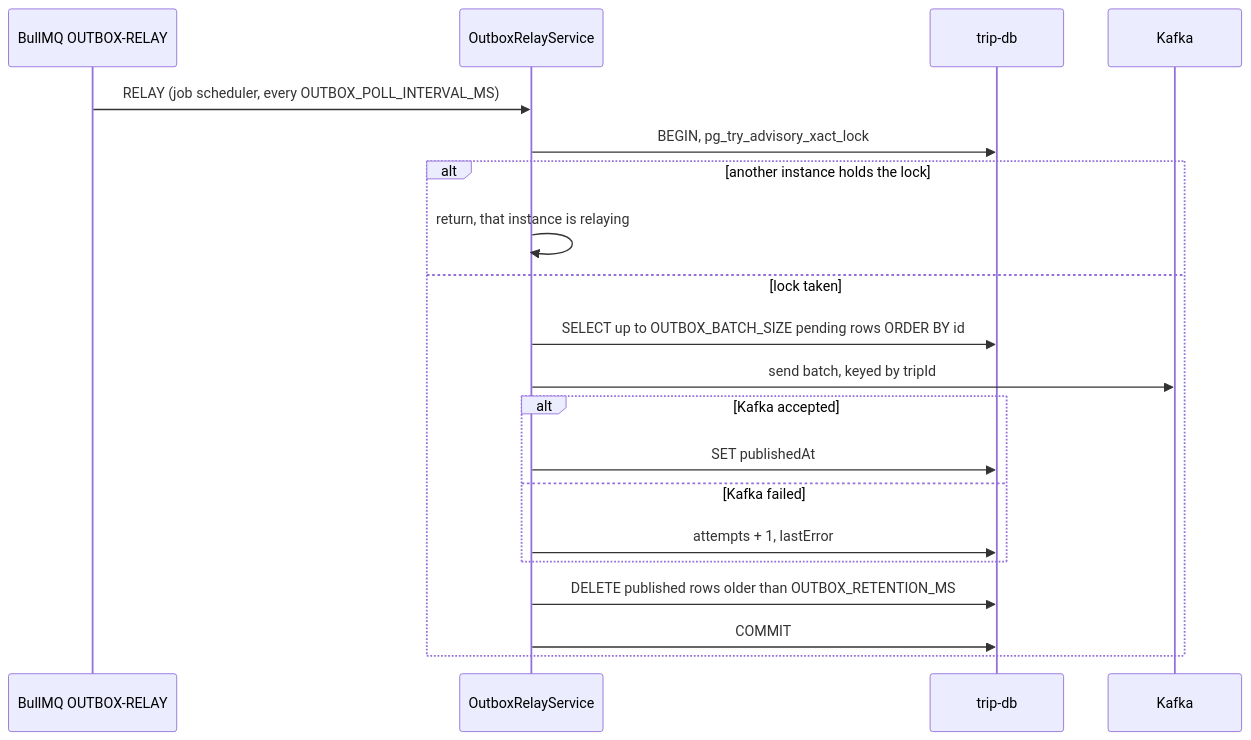
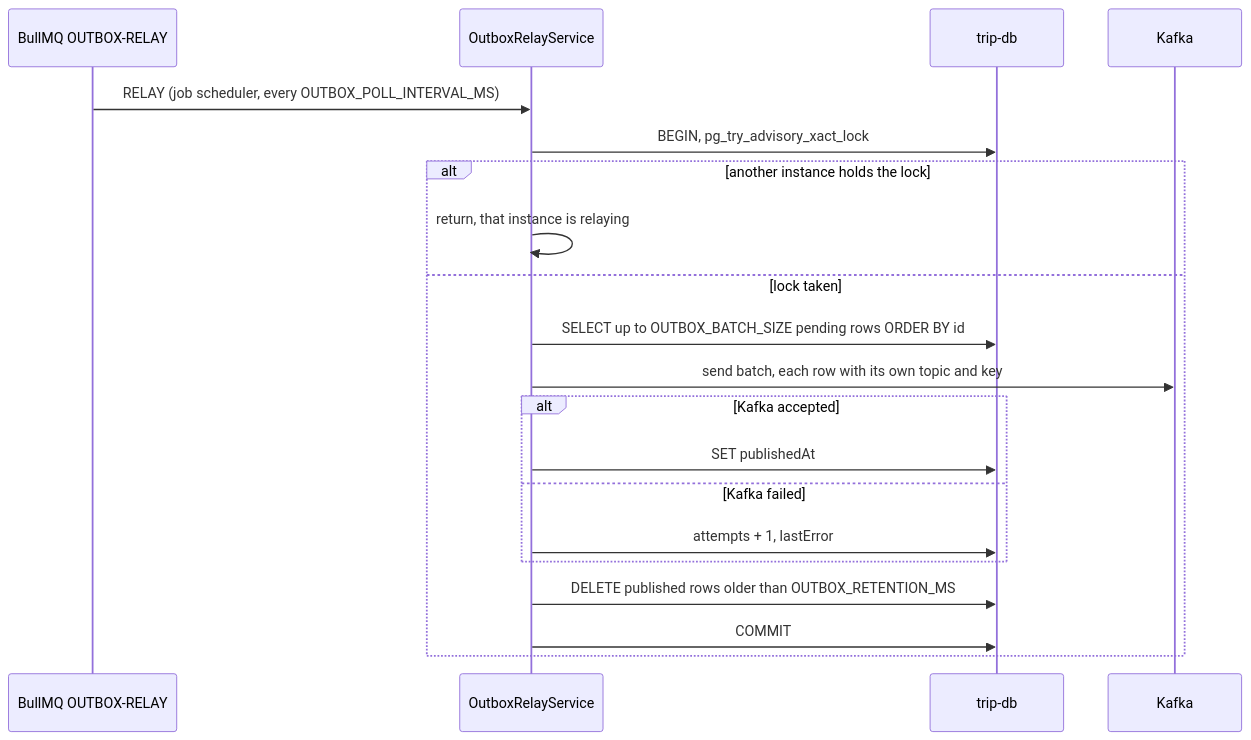
The ninth of 9 diagrams in docs/services/trip-service.md (Mohammed-Taysser/masr3), drawn with Mermaid before and after one commit. The commit also changed other lines of this file and 114 other files, not shown here.

````diff
--- a/docs/services/trip-service.md
+++ b/docs/services/trip-service.md
@@ -244,22 +251,22 @@
 ```mermaid
 sequenceDiagram
   participant Q as BullMQ OUTBOX-RELAY
   participant R as OutboxRelayService
   participant DB as trip-db
   participant K as Kafka
   Q->>R: RELAY (job scheduler, every OUTBOX_POLL_INTERVAL_MS)
   R->>DB: BEGIN, pg_try_advisory_xact_lock
   alt another instance holds the lock
     R->>R: return, that instance is relaying
   else lock taken
     R->>DB: SELECT up to OUTBOX_BATCH_SIZE pending rows ORDER BY id
-    R->>K: send batch, keyed by tripId
+    R->>K: send batch, each row with its own topic and key
     alt Kafka accepted
       R->>DB: SET publishedAt
     else Kafka failed
       R->>DB: attempts + 1, lastError
     end
     R->>DB: DELETE published rows older than OUTBOX_RETENTION_MS
     R->>DB: COMMIT
   end
 ```
````
